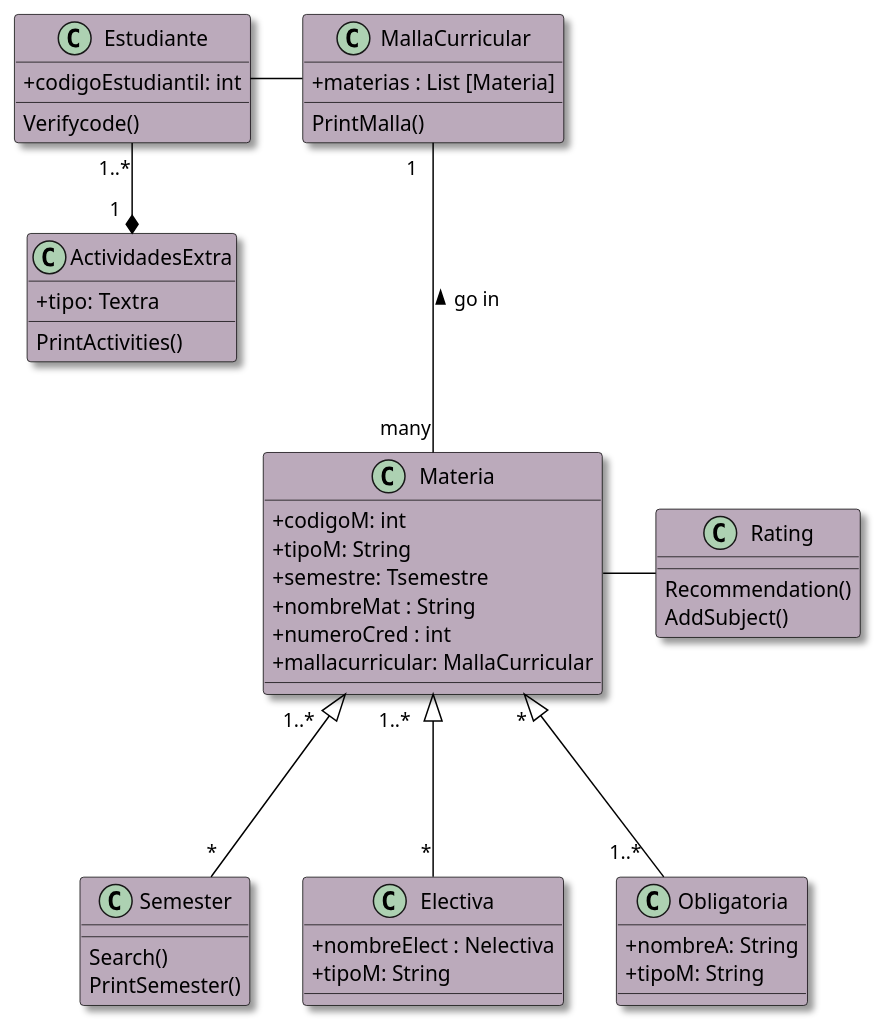
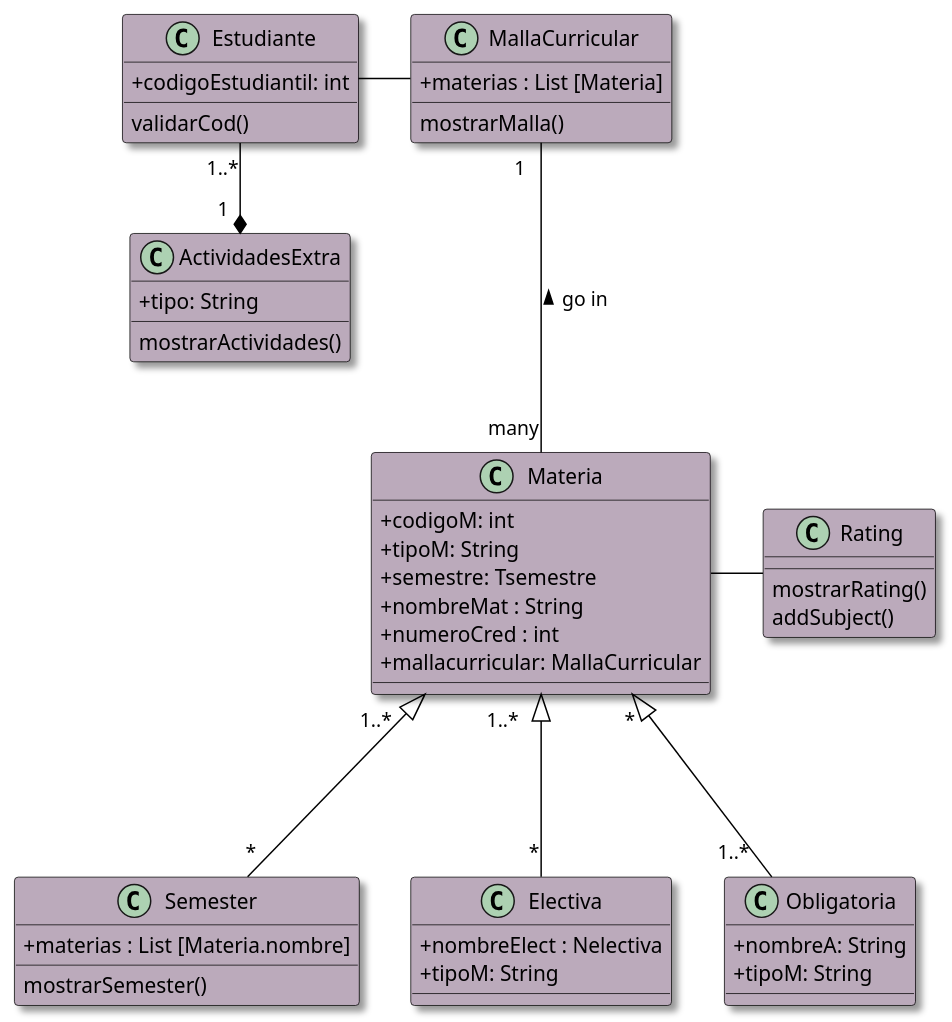
The diagram in Diagrama_code.puml (ana03ap/iPensum), drawn with PlantUML before and after one commit. The commit also changed 2 other files, not shown here.

```diff
--- a/Diagrama_code.puml
+++ b/Diagrama_code.puml
@@ -1,76 +1,75 @@
 @startuml "UML Project"
 
 skinparam monochrome flase 
 skinparam handwritten false 
 skinparam shadowing true
 skinparam StereotypeABackgroundColor true
 skinparam classAttributeIconSize 0
 
 skinparam class{
     
     BackgroundColor bab
     BorderColor Black
     ArrowColor Black
 }
 
 
 class Estudiante {
 + codigoEstudiantil: int 
-Verifycode()
+validarCod()
 }
 
 
 class Materia {
 + codigoM: int 
 + tipoM: String  
 + semestre: Tsemestre
 + nombreMat : String
 + numeroCred : int
 + mallacurricular: MallaCurricular
 }
 
 Class MallaCurricular { 
 + materias : List [Materia]
-PrintMalla()
+mostrarMalla()
 }
 
 Class Semester {
-
-Search()
-PrintSemester()
++ materias : List [Materia.nombre]
+mostrarSemester()
 }
 
 
 Class Electiva { 
 + nombreElect : Nelectiva
 + tipoM: String
 }
 
 Class Obligatoria {
 + nombreA: String 
 + tipoM: String
 }
 
 Class ActividadesExtra {
-+ tipo: Textra 
-PrintActivities()
++ tipo: String
+mostrarActividades()
 }
 
 Class Rating {
-Recommendation()
-AddSubject()
+mostrarRating()
+addSubject()
 }
 
 
 
 Estudiante - MallaCurricular
 MallaCurricular " 1   "--- "many" Materia :  < go in 
 Materia "  * " <|--- "  1..*  " Obligatoria
 Materia "1..*    " <|--- "   *" Electiva
 Materia "1..*    " <|--- "   *" Semester
 Estudiante "1..*" --* "1  " ActividadesExtra
 Materia - Rating
 
 
 
 @enduml
```
